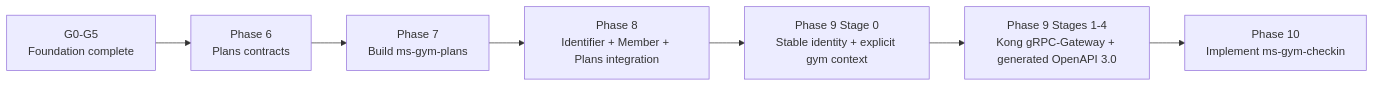
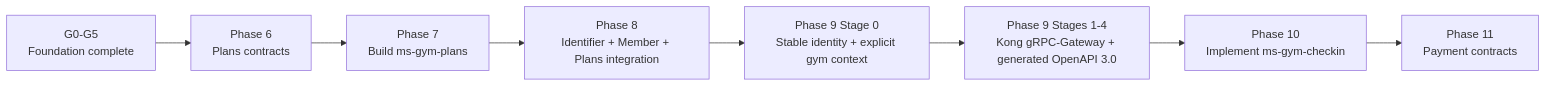
One commit to pploc/gym-architect changed the first of 2 diagrams in PLAN.md. Above: the diagram before and after it, drawn with Mermaid. The commit also changed other lines of this file and 8 other files, not shown here.

First line of the commit message:
chore: close G11 payment contracts docs gate

````diff
--- a/PLAN.md
+++ b/PLAN.md
@@ -33,9 +33,10 @@
 ```mermaid
 flowchart LR
     F[G0-G5<br/>Foundation complete] --> C[Phase 6<br/>Plans contracts]
     C --> P[Phase 7<br/>Build ms-gym-plans]
     P --> I[Phase 8<br/>Identifier + Member + Plans integration]
     I --> S[Phase 9 Stage 0<br/>Stable identity + explicit gym context]
     S --> G[Phase 9 Stages 1-4<br/>Kong gRPC-Gateway + generated OpenAPI 3.0]
     G --> K[Phase 10<br/>Implement ms-gym-checkin]
+    K --> Q[Phase 11<br/>Payment contracts]
 ```
````
